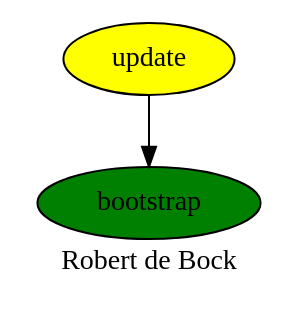
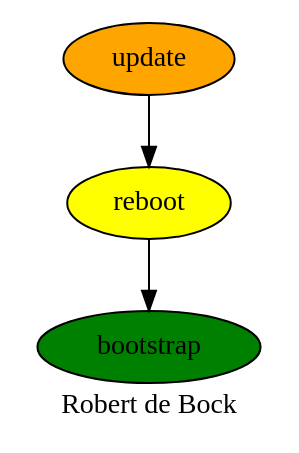
The diagram in update.dot (robertdebock/drawings), drawn with Graphviz before and after one commit. The commit also changed 2 other files, not shown here.

```diff
--- a/update.dot
+++ b/update.dot
@@ -1,9 +1,11 @@
 digraph PhiloDilemma {
   label = "Robert de Bock" ;
   overlap=false
   {
     bootstrap [fillcolor=green style=filled]
-    update [fillcolor=yellow style=filled]
+    reboot [fillcolor=yellow style=filled]
+    update [fillcolor=orange style=filled]
   }
-  update -> bootstrap
+  update -> reboot
+  reboot -> bootstrap
 }
```
